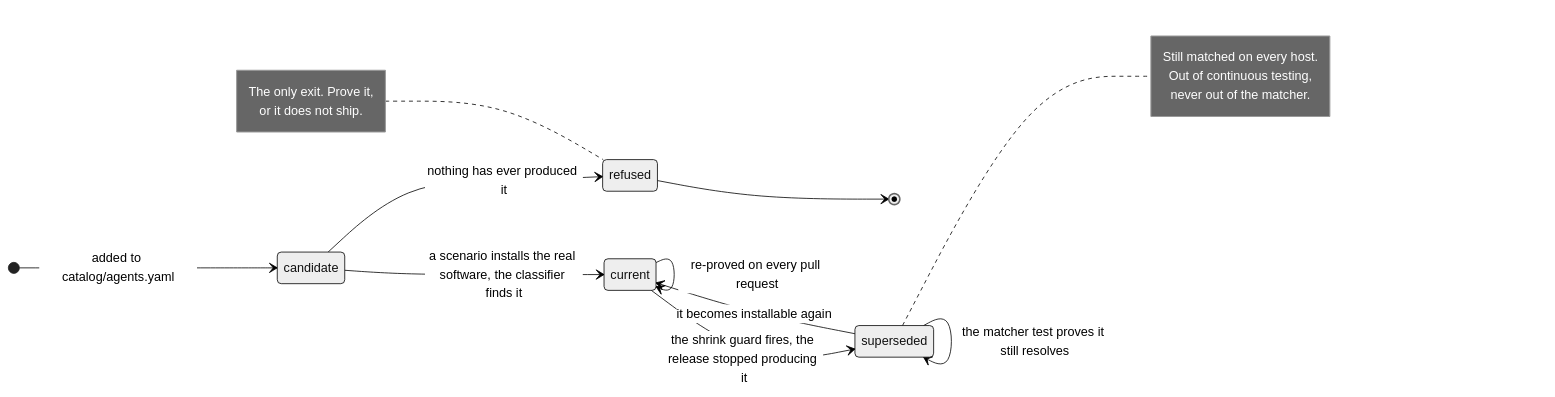
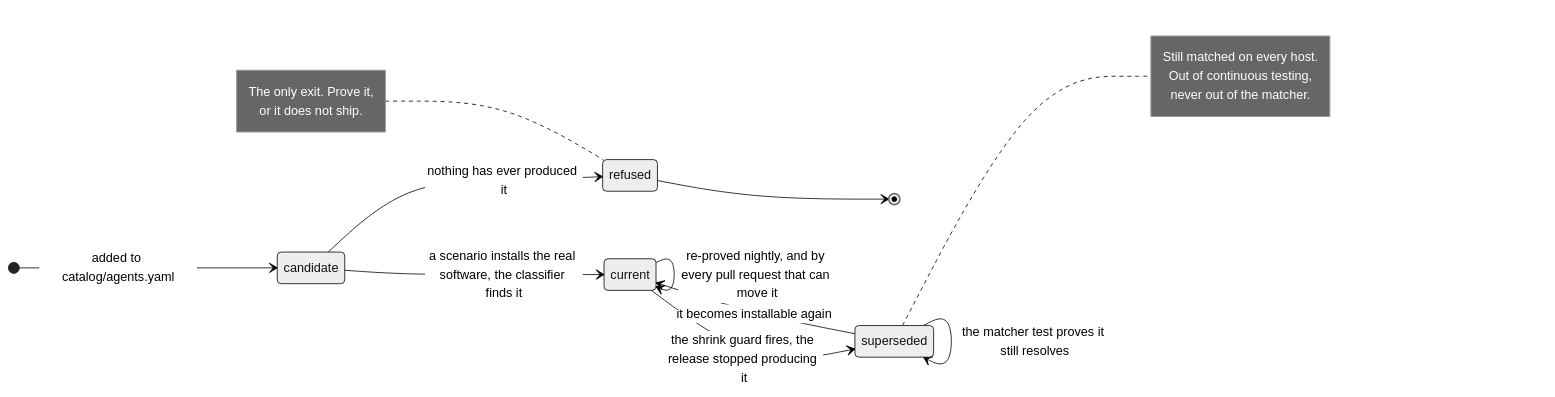
One commit to arthur-ai/ai-detection-spec changed the diagram in docs/signature-lifecycle-v2.md. Above: the diagram before and after it, drawn with Mermaid (neutral theme). The commit also changed other lines of this file and 11 other files, not shown here.

````diff
--- a/docs/signature-lifecycle-v2.md
+++ b/docs/signature-lifecycle-v2.md
@@ -44,29 +44,29 @@
 ```mermaid
 stateDiagram-v2
     direction LR
 
     state "candidate" as C
     state "current" as CUR
     state "superseded" as SUP
     state "refused" as REF
 
     [*] --> C: added to catalog/agents.yaml
     C --> CUR: a scenario installs the real software, the classifier finds it
     C --> REF: nothing has ever produced it
-    CUR --> CUR: re-proved on every pull request
+    CUR --> CUR: re-proved nightly, and by every pull request that can move it
     CUR --> SUP: the shrink guard fires, the release stopped producing it
     SUP --> SUP: the matcher test proves it still resolves
     SUP --> CUR: it becomes installable again
     REF --> [*]
 
     note right of SUP
         Still matched on every host.
         Out of continuous testing,
         never out of the matcher.
     end note
 
     note left of REF
         The only exit. Prove it,
         or it does not ship.
     end note
 ```
````
